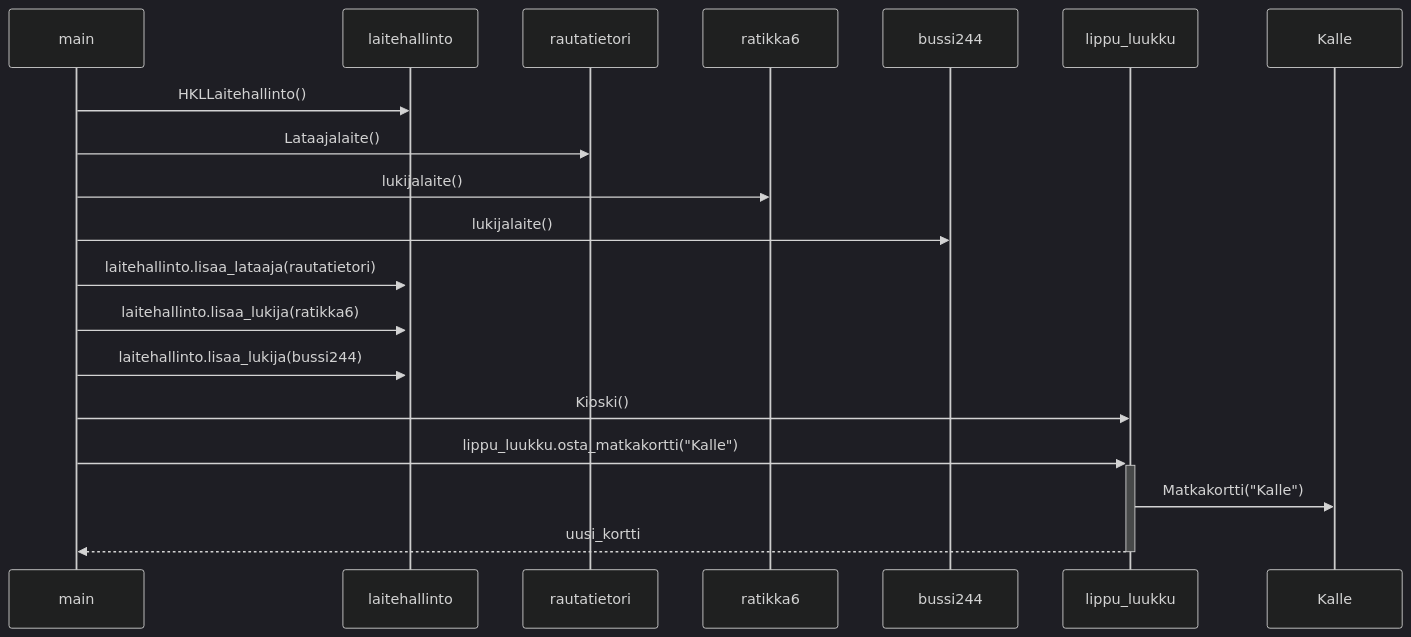
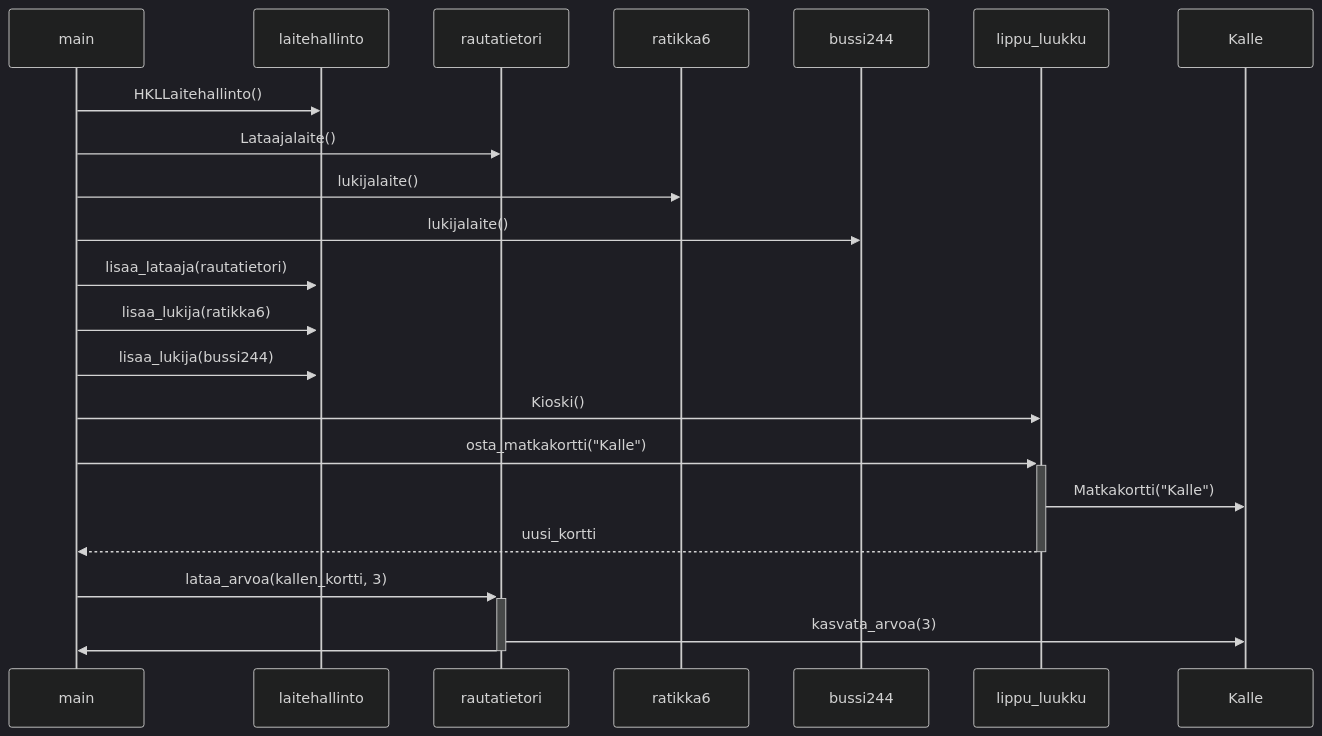
Before and after one commit to VehvilainenPooki/OTProjekti: the fourth of 4 diagrams in laskarit/viikko3/UML.md, drawn with Mermaid (dark theme).

````diff
--- a/laskarit/viikko3/UML.md
+++ b/laskarit/viikko3/UML.md
@@ -108,17 +108,20 @@
 ```mermaid
  sequenceDiagram
       main->>laitehallinto: HKLLaitehallinto()
       main->>rautatietori: Lataajalaite()
       main->>ratikka6: lukijalaite()
       main->>bussi244: lukijalaite()
-      main->>+laitehallinto: laitehallinto.lisaa_lataaja(rautatietori)
+      main->>+laitehallinto: lisaa_lataaja(rautatietori)
        
-      main->>+laitehallinto: laitehallinto.lisaa_lukija(ratikka6)
+      main->>+laitehallinto: lisaa_lukija(ratikka6)
       
-      main->>+laitehallinto: laitehallinto.lisaa_lukija(bussi244)
+      main->>+laitehallinto: lisaa_lukija(bussi244)
       
       main->>lippu_luukku: Kioski()
-      main->>+lippu_luukku: lippu_luukku.osta_matkakortti("Kalle")
+      main->>+lippu_luukku: osta_matkakortti("Kalle")
       lippu_luukku->>Kalle: Matkakortti("Kalle")
       lippu_luukku-->>-main: uusi_kortti
+      main->>+rautatietori: lataa_arvoa(kallen_kortti, 3)
+      rautatietori->>Kalle: kasvata_arvoa(3)
+      rautatietori->>-main:  
 ```
````
